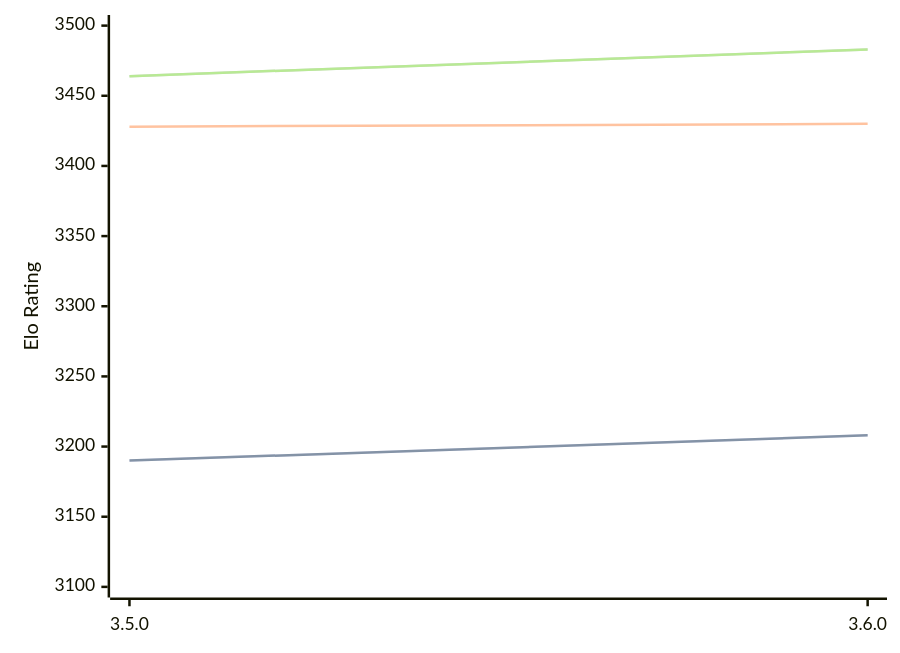
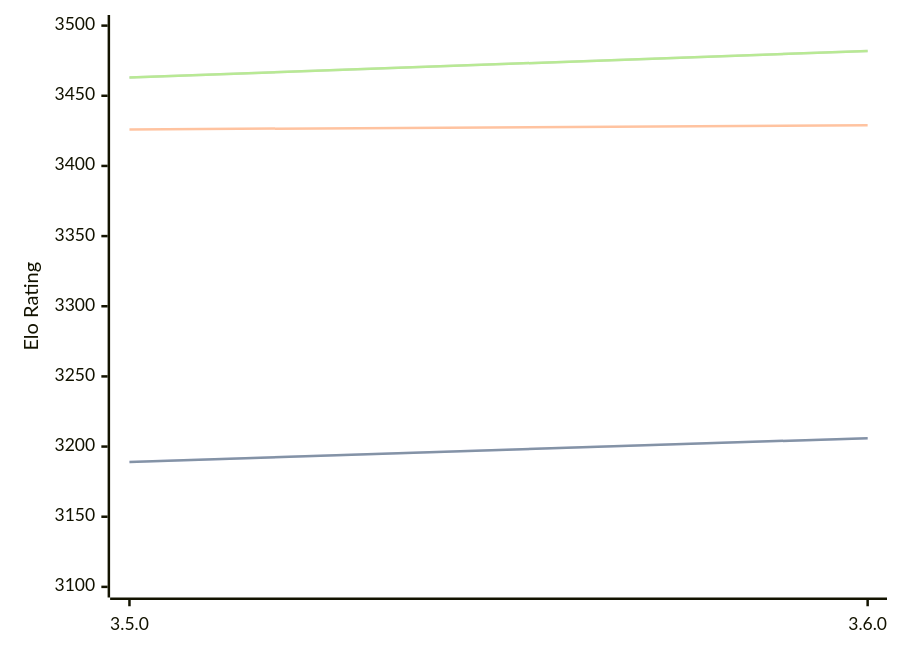
Before and after one commit to computer-chess-index/cci: the diagram in engines/Igel.md, drawn with Mermaid. The commit also changed other lines of this file, not shown here.

Commit message:
Update CCI Ratings (ELO VLTC) - 2026-03-31

````diff
--- a/engines/Igel.md
+++ b/engines/Igel.md
@@ -68,11 +68,11 @@
 ```mermaid
 %%{init: {"theme":"base","themeVariables":{"seriesColors:['#a3a3a3','#222221','#faa371']}}}%%
 xychart-beta
   x-axis ["3.5.0", "3.6.0"]
   y-axis "Elo Rating" 3100 --> 3500
-  line "STC (8.0+0.08s)" [3190, 3208]
-  line "STC (8.0+0.08s)" [3190, 3208]
-  line "LTC (60.0+0.60s)" [3428, 3430]
-  line "VLTC (2m24s+1.12s)" [3464, 3483]
-  line "VLTC (2m24s+1.12s)" [3464, 3483]
+  line "STC (8.0+0.08s)" [3189, 3206]
+  line "STC (8.0+0.08s)" [3189, 3206]
+  line "LTC (60.0+0.60s)" [3426, 3429]
+  line "VLTC (2m24s+1.12s)" [3463, 3482]
+  line "VLTC (2m24s+1.12s)" [3463, 3482]
 ```
````
